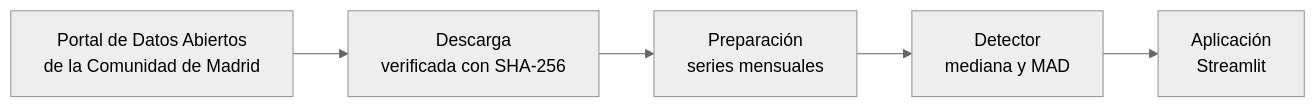
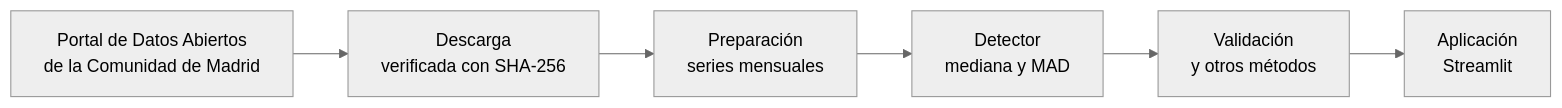
Before and after one commit to romanmen-dev/pulso-laboral-madrid: the diagram in README.md, drawn with Mermaid (neutral theme). The commit also changed other lines of this file and 37 other files, not shown here.

````diff
--- a/README.md
+++ b/README.md
@@ -51,7 +51,8 @@
 ```mermaid
 flowchart LR
     A["Portal de Datos Abiertos<br/>de la Comunidad de Madrid"] --> B["Descarga<br/>verificada con SHA-256"]
     B --> C["Preparación<br/>series mensuales"]
     C --> D["Detector<br/>mediana y MAD"]
-    D --> E["Aplicación<br/>Streamlit"]
+    D --> V["Validación<br/>y otros métodos"]
+    V --> E["Aplicación<br/>Streamlit"]
 ```
````
